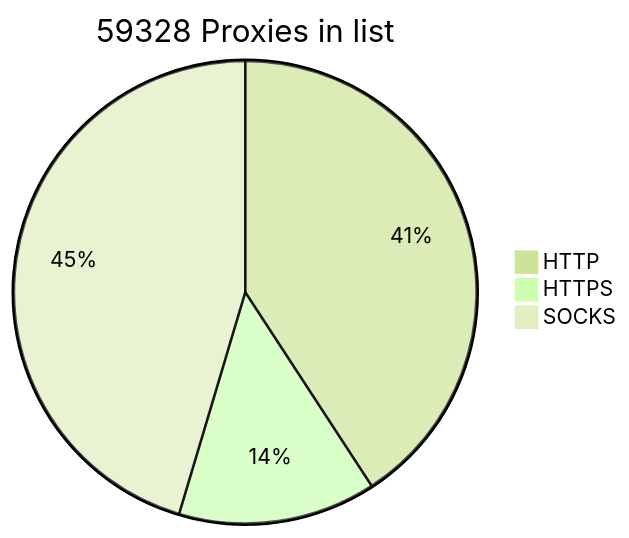
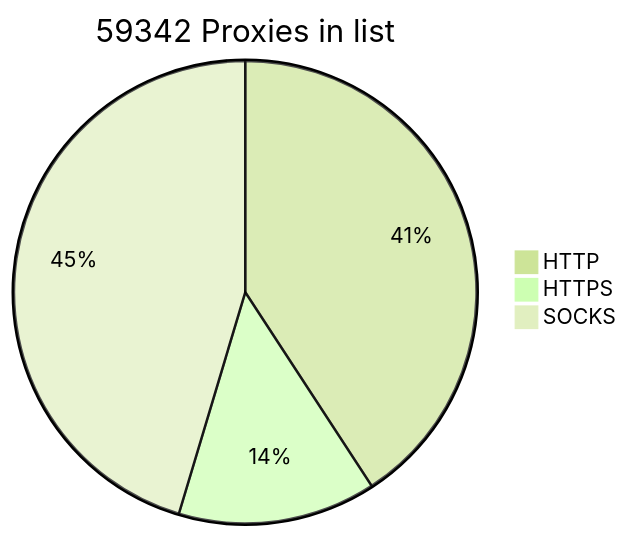
The diagram in README.md (BlackSnowDot/proxylist-update-every-minute), drawn with Mermaid (forest theme) before and after one commit.

````diff
--- a/README.md
+++ b/README.md
@@ -2,6 +2,6 @@
 ```mermaid
-pie title 59328 Proxies in list
-    "HTTP" : 27308
-    "HTTPS": 9252
+pie title 59342 Proxies in list
+    "HTTP" : 27319
+    "HTTPS": 9267
     "SOCKS" : 30378
 ```
````
